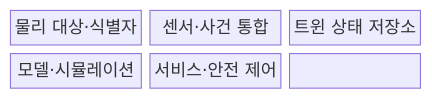
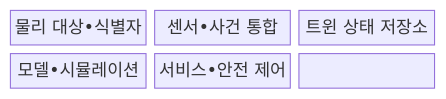
One commit to agnusdei1207/knowledge-base changed the first of 2 diagrams in src/content/docs/notes/08-latest-tech/200_digital_twin.md. Above: the diagram before and after it, drawn with Mermaid. The commit also changed other lines of this file and 953 other files, not shown here.

````diff
--- a/src/content/docs/notes/08-latest-tech/200_digital_twin.md
+++ b/src/content/docs/notes/08-latest-tech/200_digital_twin.md
@@ -69,11 +69,11 @@
 ```mermaid
 block-beta
   columns 3
-  N0["물리 대상·식별자"]
-  N1["센서·사건 통합"]
+  N0["물리 대상•식별자"]
+  N1["센서•사건 통합"]
   N2["트윈 상태 저장소"]
-  N3["모델·시뮬레이션"]
-  N4["서비스·안전 제어"]
+  N3["모델•시뮬레이션"]
+  N4["서비스•안전 제어"]
   N0 --- N1 --- N2
   N2 --- N3 --- N4
 ```
````
